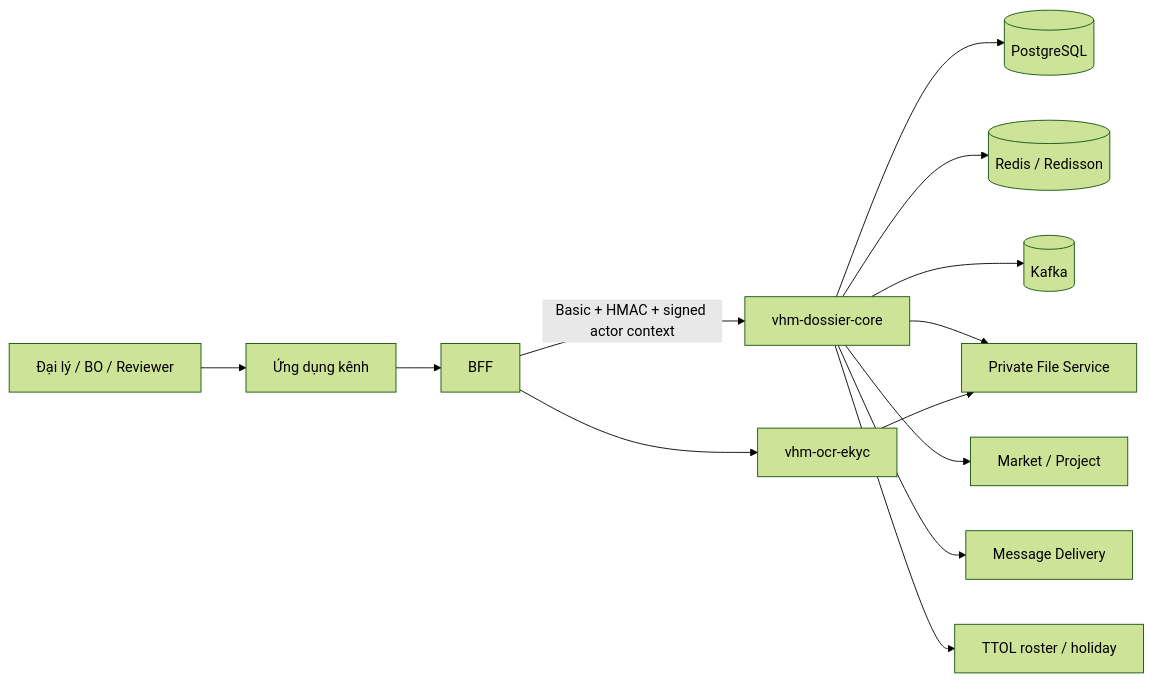
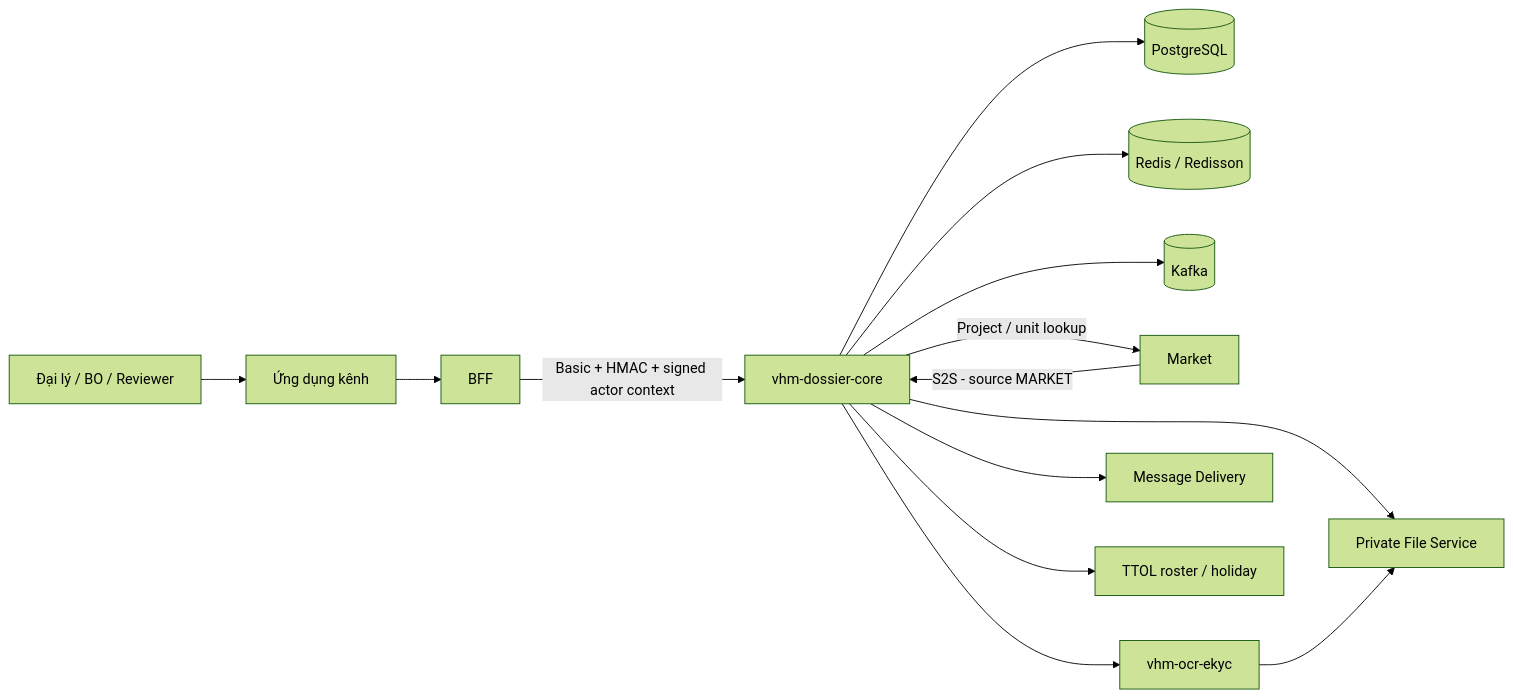
The first of 9 diagrams in tdd-dossier.md (huynv-xyz/vhm), drawn with Mermaid (forest theme) before and after one commit. The commit also changed other lines of this file, not shown here.

````diff
--- a/tdd-dossier.md
+++ b/tdd-dossier.md
@@ -178,15 +180,16 @@
 ```mermaid
 flowchart LR
     Agent[Đại lý / BO / Reviewer] --> Channel[Ứng dụng kênh]
     Channel --> API[BFF]
     API -->|Basic + HMAC + signed actor context| Core[vhm-dossier-core]
     Core --> PG[(PostgreSQL)]
     Core --> Redis[(Redis / Redisson)]
     Core --> Kafka[(Kafka)]
     Core --> File[Private File Service]
-    Core --> Market[Market / Project]
-    API --> OCR[vhm-ocr-ekyc]
+    Market[Market] -->|S2S - source MARKET| Core
+    Core -->|Project / unit lookup| Market
+    Core --> OCR[vhm-ocr-ekyc]
     OCR --> File
     Core --> Msg[Message Delivery]
     Core --> TTOL[TTOL roster / holiday]
 ```
````
